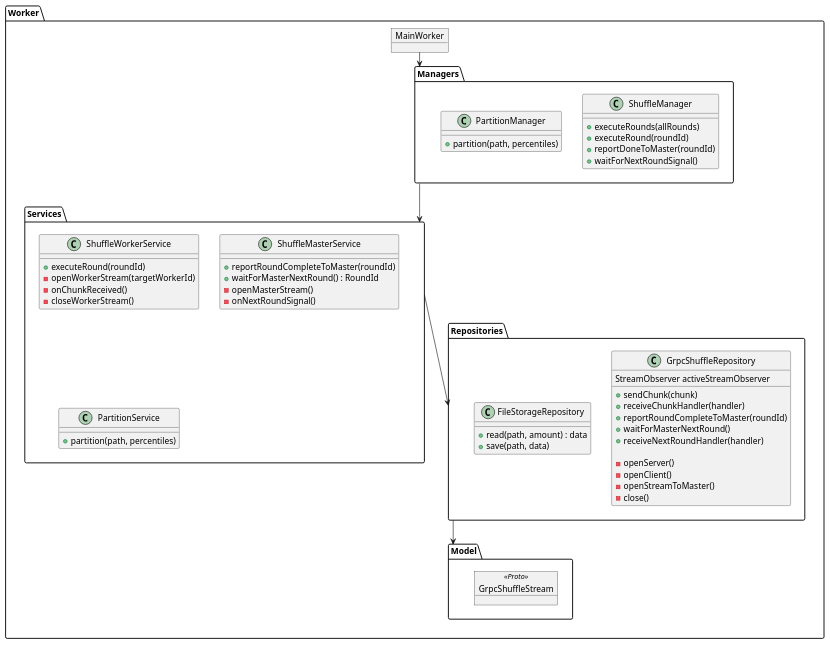
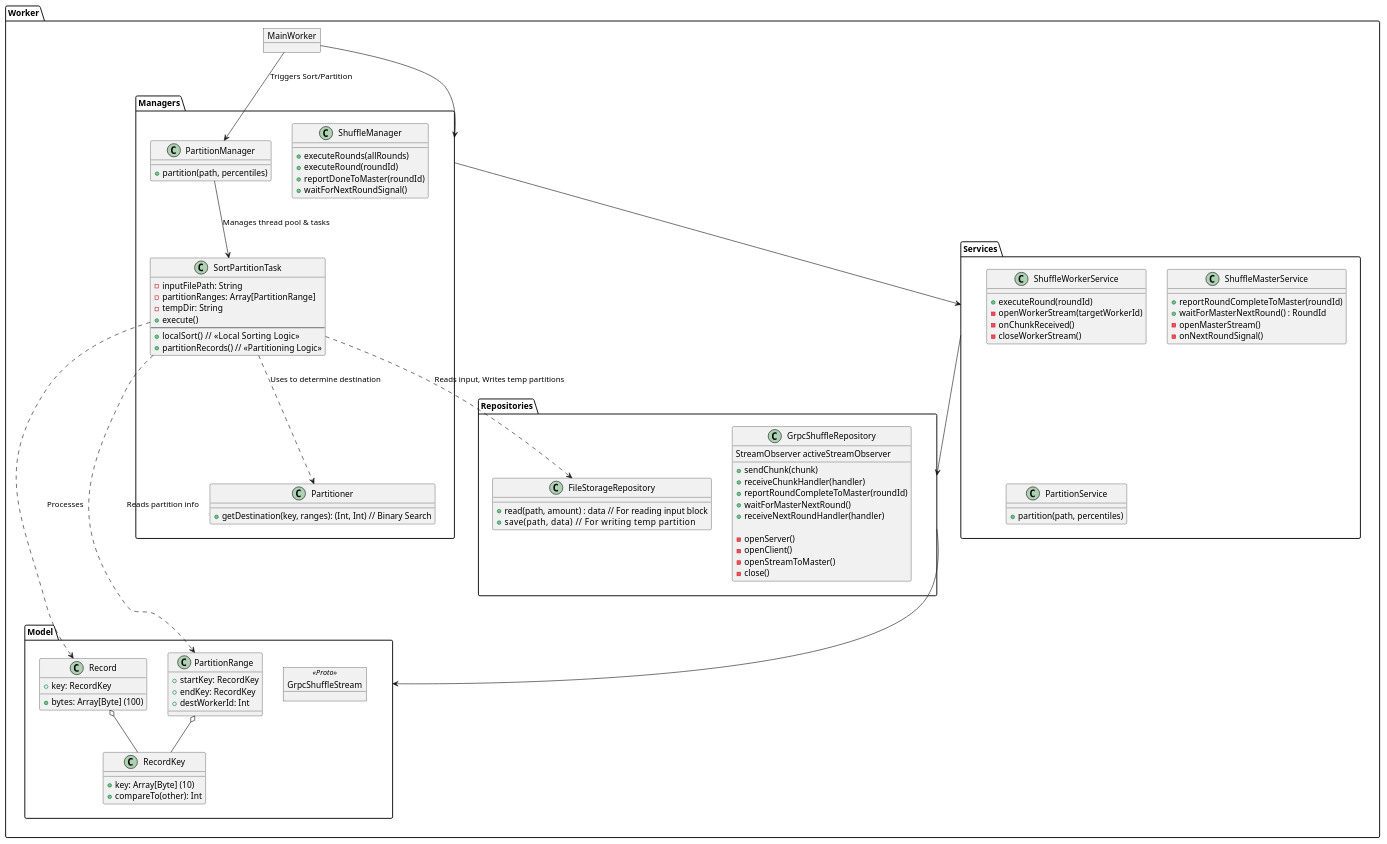
Before and after one commit to ksw20020/332project: the diagram in doc/module diagram/worker.puml, drawn with PlantUML. The commit also changed 1 other file, not shown here.

Commit message:
Add local sort and partitioning in worker

```diff
--- a/doc/module diagram/worker.puml
+++ b/doc/module diagram/worker.puml
@@ -1,74 +1,115 @@
-@startuml
+@startuml Worker_Module_Diagram
 
 package Worker {
     object MainWorker 
 
     folder "Managers" {
         class ShuffleManager {
             + executeRounds(allRounds)
             + executeRound(roundId)
             + reportDoneToMaster(roundId)
             + waitForNextRoundSignal()
         }
 
         class PartitionManager {
             + partition(path, percentiles)
+        }
+        
+        class SortPartitionTask {
+            - inputFilePath: String
+            - partitionRanges: Array[PartitionRange]
+            - tempDir: String
+            + execute()
+            --
+            + localSort()   // << Local Sorting Logic >>
+            + partitionRecords() // << Partitioning Logic >>
+        }
+        
+        class Partitioner {
+            + getDestination(key, ranges): (Int, Int) // Binary Search
         }
     }
 
     folder "Services" {
         class ShuffleWorkerService {
             + executeRound(roundId)
             - openWorkerStream(targetWorkerId)
             - onChunkReceived()
             - closeWorkerStream()
         }
 
         class ShuffleMasterService {
             + reportRoundCompleteToMaster(roundId)
             + waitForMasterNextRound() : RoundId
             - openMasterStream()
             - onNextRoundSignal()
         }
 
         class PartitionService {
             + partition(path, percentiles)
         }
     }
     
     folder "Repositories" {
         class GrpcShuffleRepository {
             StreamObserver activeStreamObserver
 
             + sendChunk(chunk)
             + receiveChunkHandler(handler)
             + reportRoundCompleteToMaster(roundId)
             + waitForMasterNextRound()
             + receiveNextRoundHandler(handler)
             
             - openServer()
             - openClient()
             - openStreamToMaster()
             - close()
         }
             
         class FileStorageRepository {
-            + read(path, amount) : data
-            + save(path, data)
+            + read(path, amount) : data // For reading input block
+            + save(path, data)        // For writing temp partition
         }
     }
     
     folder Model {
         object GrpcShuffleStream <<Proto>>
+        
+        class RecordKey {
+            + key: Array[Byte] (10)
+            + compareTo(other): Int
+        }
+        
+        class Record {
+            + bytes: Array[Byte] (100)
+            + key: RecordKey
+        }
+        
+        class PartitionRange {
+            + startKey: RecordKey
+            + endKey: RecordKey
+            + destWorkerId: Int
+        }
     }
 
     ' Relationships
+    MainWorker --> PartitionManager : Triggers Sort/Partition
+    PartitionManager --> SortPartitionTask : Manages thread pool & tasks
+    
+    SortPartitionTask ..> Partitioner : Uses to determine destination
+    SortPartitionTask ..> Record : Processes
+    SortPartitionTask ..> PartitionRange : Reads partition info
+    SortPartitionTask ..> FileStorageRepository : Reads input, Writes temp partitions
+    
+    ' Model relationships
+    Record o-- RecordKey
+    PartitionRange o-- RecordKey
+    
+    ' Existing Relationships
     MainWorker --> Managers
     Managers --> Services
     Services --> Repositories
     Repositories --> Model
 
 }
-
-
 @enduml
```
